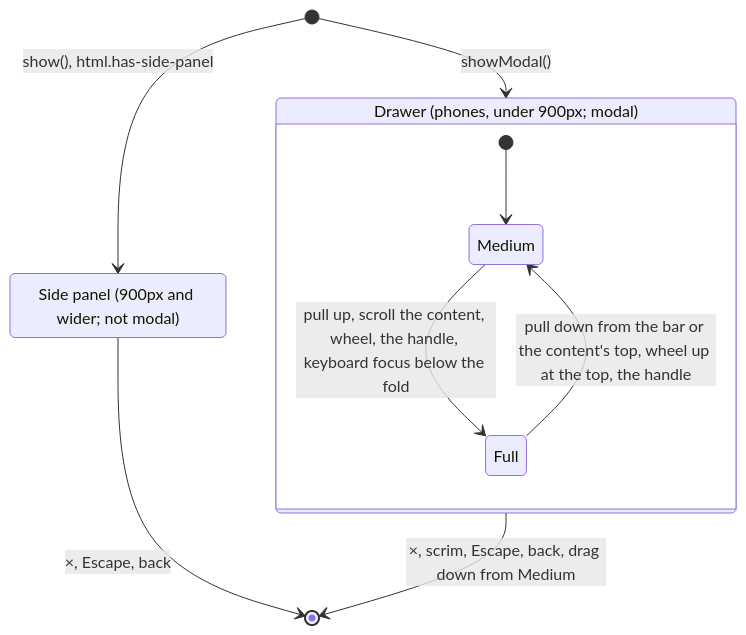
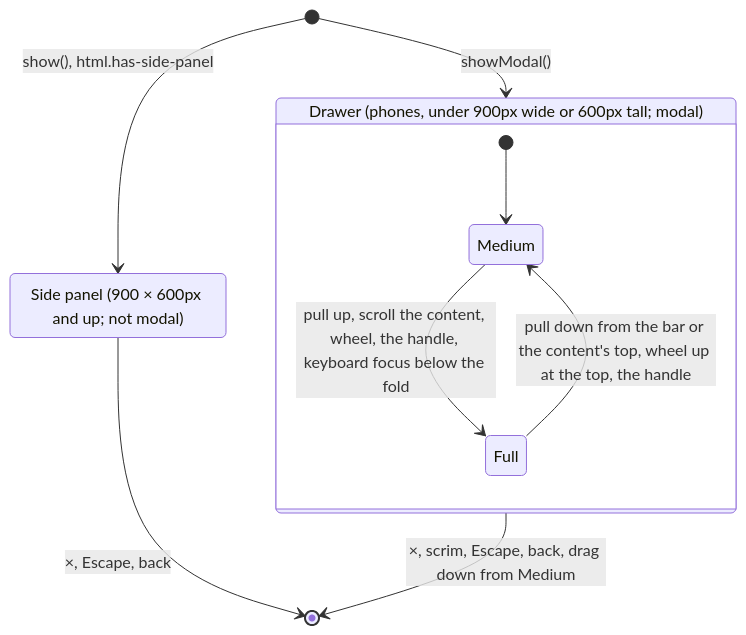
Before and after one commit to pa-bailar/pa-bailar.github.io: the ninth of 9 diagrams in docs/ARCHITECTURE.md, drawn with Mermaid. The commit also changed other lines of this file and 17 other files, not shown here.

First line of the commit message:
fix(nav): overlays over search stay open; landscape and wide-screen fixes; the page never moves for the side panel (#109)

````diff
--- a/docs/ARCHITECTURE.md
+++ b/docs/ARCHITECTURE.md
@@ -477,13 +478,13 @@
   ```mermaid
   stateDiagram-v2
-      state "Drawer (phones, under 900px; modal)" as Sheet {
+      state "Drawer (phones, under 900px wide or 600px tall; modal)" as Sheet {
           [*] --> Medium
           Medium --> Full: pull up, scroll the content, wheel, the handle, keyboard focus below the fold
           Full --> Medium: pull down from the bar or the content's top, wheel up at the top, the handle
       }
-      state "Side panel (900px and wider; not modal)" as Panel
+      state "Side panel (900 × 600px and up; not modal)" as Panel
       [*] --> Sheet: showModal()
       [*] --> Panel: show(), html.has-side-panel
       Sheet --> [*]: ×, scrim, Escape, back, drag down from Medium
       Panel --> [*]: ×, Escape, back
   ```
````
